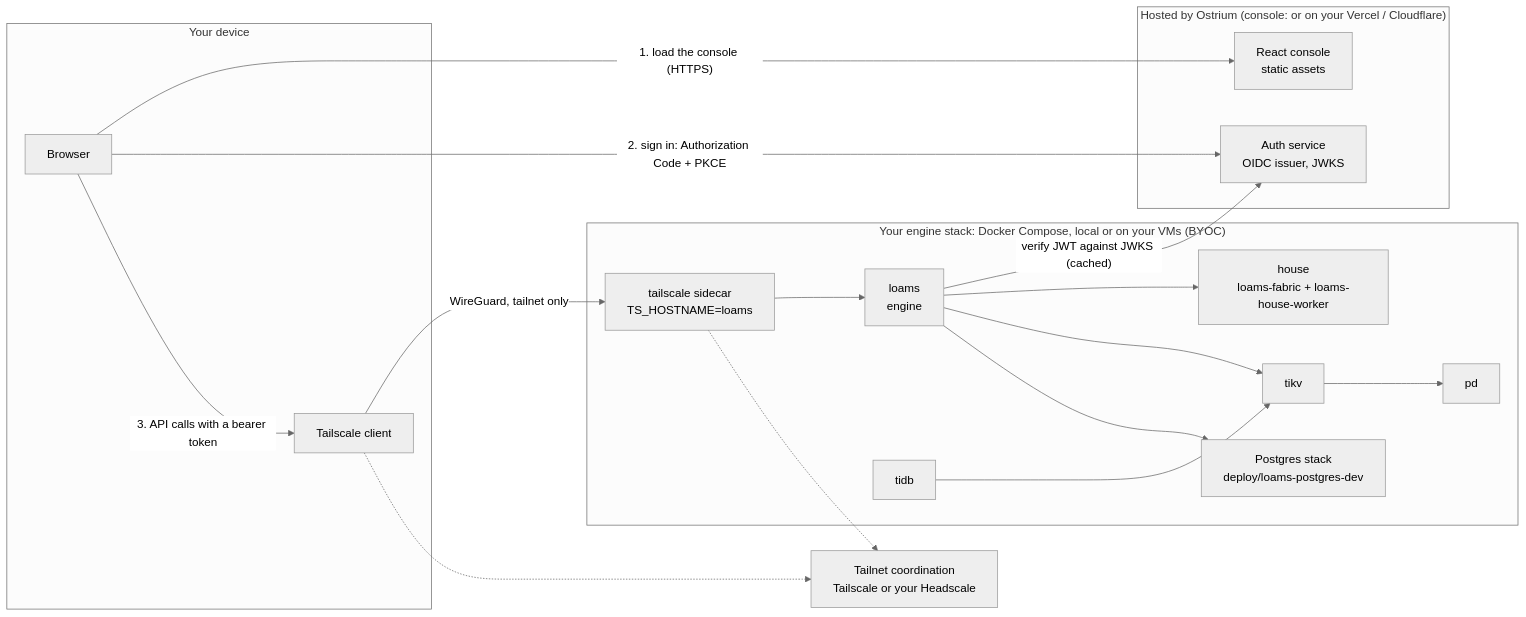
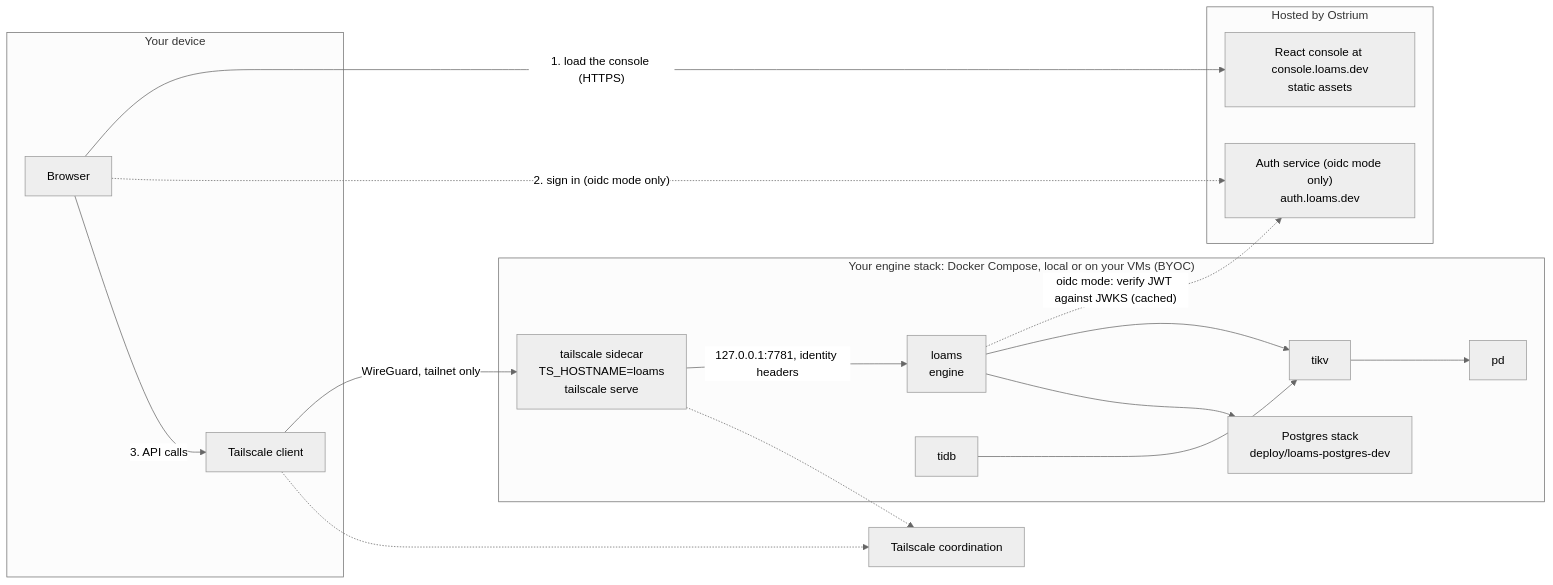
The diagram in docs/release/preview.md (BharanitharanKR/loams), drawn with Mermaid (neutral theme) before and after one commit. The commit also changed other lines of this file and 3 other files, not shown here.

Commit message:
docs(release): match v0.1.0-preview.1: tailscale + hosted console path, auth modes, known gaps

````diff
--- a/docs/release/preview.md
+++ b/docs/release/preview.md
@@ -23,38 +29,36 @@
 ```mermaid
 flowchart LR
-  subgraph hosted["Hosted by Ostrium (console: or on your Vercel / Cloudflare)"]
-    console["React console<br/>static assets"]
-    auth["Auth service<br/>OIDC issuer, JWKS"]
+  subgraph hosted["Hosted by Ostrium"]
+    console["React console at console.loams.dev<br/>static assets"]
+    auth["Auth service (oidc mode only)<br/>auth.loams.dev"]
   end
 
   subgraph device["Your device"]
     browser["Browser"]
     tsclient["Tailscale client"]
   end
 
-  coord["Tailnet coordination<br/>Tailscale or your Headscale"]
+  coord["Tailscale coordination"]
 
   subgraph stack["Your engine stack: Docker Compose, local or on your VMs (BYOC)"]
-    ts["tailscale sidecar<br/>TS_HOSTNAME=loams"]
+    ts["tailscale sidecar<br/>TS_HOSTNAME=loams<br/>tailscale serve"]
     loams["loams<br/>engine"]
-    house["house<br/>loams-fabric + loams-house-worker"]
     tidb["tidb"]
     tikv["tikv"]
     pd["pd"]
     pg["Postgres stack<br/>deploy/loams-postgres-dev"]
   end
 
   browser -- "1. load the console (HTTPS)" --> console
-  browser -- "2. sign in: Authorization Code + PKCE" --> auth
-  browser -- "3. API calls with a bearer token" --> tsclient
+  browser -. "2. sign in (oidc mode only)" .-> auth
+  browser -- "3. API calls" --> tsclient
   tsclient -- "WireGuard, tailnet only" --> ts
-  ts --> loams
-  loams -- "verify JWT against JWKS (cached)" --> auth
-  loams --> house
+  ts -- "127.0.0.1:7781, identity headers" --> loams
+  loams -. "oidc mode: verify JWT against JWKS (cached)" .-> auth
   loams --> tikv
   tidb --> tikv
   tikv --> pd
   loams --> pg
   tsclient -.-> coord
   ts -.-> coord
 ```
````
